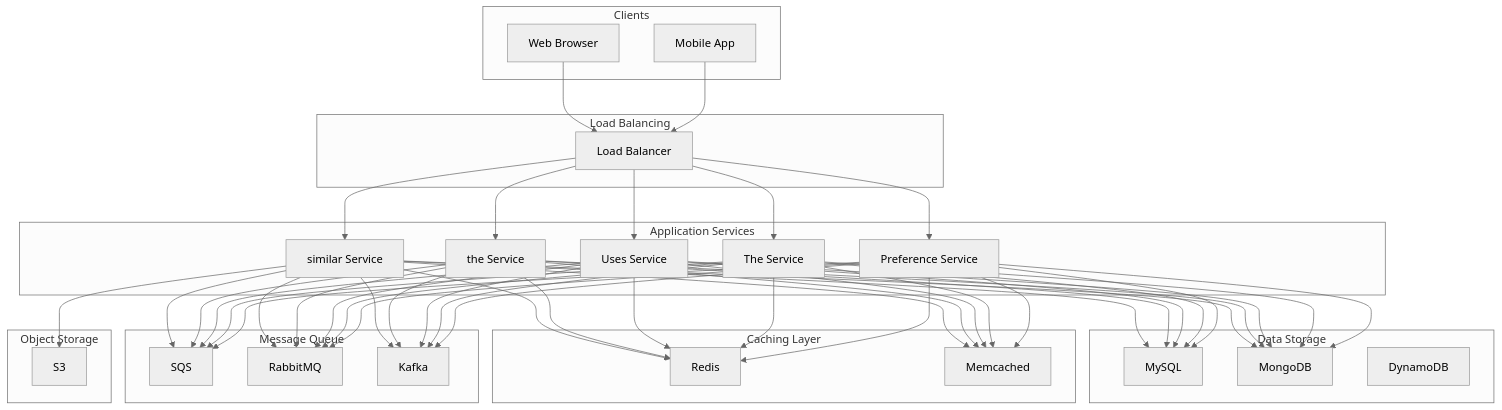
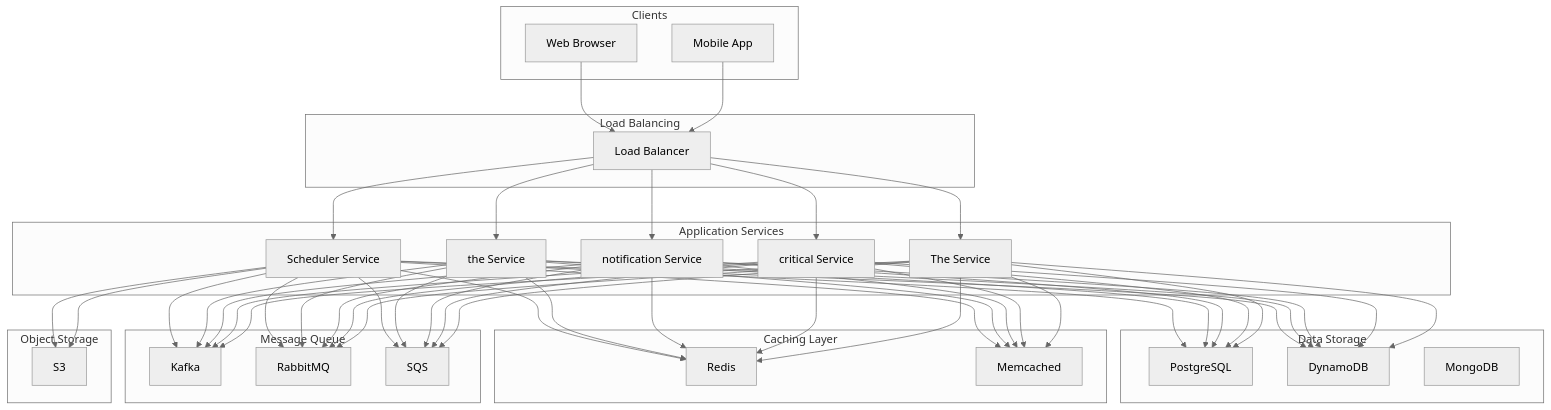
One commit to rajput-rana/deep-dive-engineering changed the diagram in system-design/system-design-examples/01-design-problems/design-notification-service.md. Above: the diagram before and after it, drawn with Mermaid (neutral theme). The commit also changed 54 other files, not shown here.

````diff
--- a/system-design/system-design-examples/01-design-problems/design-notification-service.md
+++ b/system-design/system-design-examples/01-design-problems/design-notification-service.md
@@ -54,17 +54,17 @@
     end
 
     subgraph Application Services
-        S1[similar Service]
+        S1[Scheduler Service]
         S2[the Service]
-        S3[Uses Service]
-        S4[The Service]
-        S5[Preference Service]
+        S3[notification Service]
+        S4[critical Service]
+        S5[The Service]
     end
 
     subgraph Data Storage
-        DBMySQL[MySQL]
+        DBPostgreSQL[PostgreSQL]
+        DBDynamoDB[DynamoDB]
         DBMongoDB[MongoDB]
-        DBDynamoDB[DynamoDB]
     end
 
     subgraph Caching Layer
@@ -73,9 +73,9 @@
     end
 
     subgraph Message Queue
+        QueueKafka[Kafka]
+        QueueRabbitMQ[RabbitMQ]
         QueueSQS[SQS]
-        QueueRabbitMQ[RabbitMQ]
-        QueueKafka[Kafka]
     end
 
     subgraph Object Storage
@@ -89,40 +89,41 @@
     LB --> S3
     LB --> S4
     LB --> S5
-    S1 --> DBMySQL
-    S1 --> DBMongoDB
+    S1 --> DBPostgreSQL
+    S1 --> DBDynamoDB
     S1 --> CacheRedis
     S1 --> CacheMemcached
+    S1 --> QueueKafka
+    S1 --> QueueRabbitMQ
     S1 --> QueueSQS
-    S1 --> QueueRabbitMQ
-    S1 --> QueueKafka
-    S2 --> DBMySQL
-    S2 --> DBMongoDB
+    S2 --> DBPostgreSQL
+    S2 --> DBDynamoDB
     S2 --> CacheRedis
     S2 --> CacheMemcached
+    S2 --> QueueKafka
+    S2 --> QueueRabbitMQ
     S2 --> QueueSQS
-    S2 --> QueueRabbitMQ
-    S2 --> QueueKafka
-    S3 --> DBMySQL
-    S3 --> DBMongoDB
+    S3 --> DBPostgreSQL
+    S3 --> DBDynamoDB
     S3 --> CacheRedis
     S3 --> CacheMemcached
+    S3 --> QueueKafka
+    S3 --> QueueRabbitMQ
     S3 --> QueueSQS
-    S3 --> QueueRabbitMQ
-    S3 --> QueueKafka
-    S4 --> DBMySQL
-    S4 --> DBMongoDB
+    S4 --> DBPostgreSQL
+    S4 --> DBDynamoDB
     S4 --> CacheRedis
     S4 --> CacheMemcached
+    S4 --> QueueKafka
+    S4 --> QueueRabbitMQ
     S4 --> QueueSQS
-    S4 --> QueueRabbitMQ
-    S4 --> QueueKafka
-    S5 --> DBMySQL
-    S5 --> DBMongoDB
+    S5 --> DBPostgreSQL
+    S5 --> DBDynamoDB
     S5 --> CacheRedis
     S5 --> CacheMemcached
+    S5 --> QueueKafka
+    S5 --> QueueRabbitMQ
     S5 --> QueueSQS
-    S5 --> QueueRabbitMQ
-    S5 --> QueueKafka
+    S1 --> StorageS3
     S1 --> StorageS3
 ```
````
